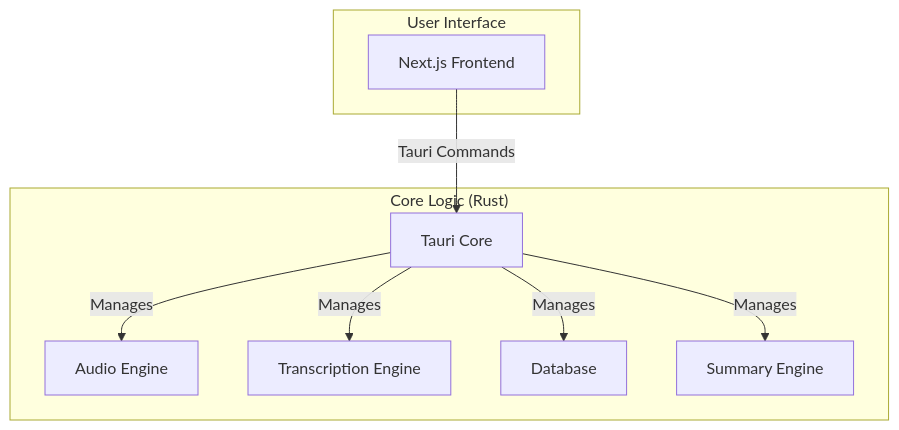
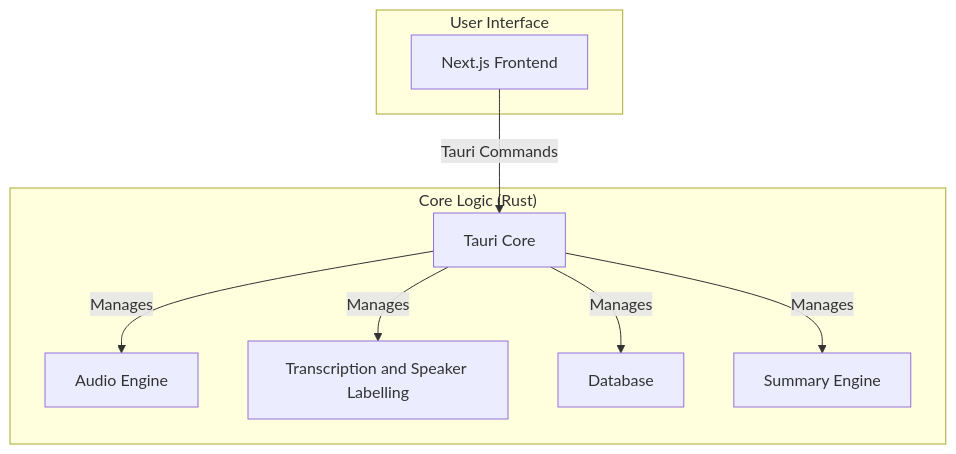
The diagram in docs/architecture.md (Schramm2/Atrium), drawn with Mermaid before and after one commit. The commit also changed other lines of this file and 24 other files, not shown here.

````diff
--- a/docs/architecture.md
+++ b/docs/architecture.md
@@ -7,20 +7,20 @@
 ```mermaid
 graph TD
     subgraph User Interface
         A[Next.js Frontend]
     end
 
     subgraph "Core Logic (Rust)"
         B[Tauri Core]
         C[Audio Engine]
-        D[Transcription Engine]
+        D[Transcription and Speaker Labelling]
         E[Database]
         F[Summary Engine]
     end
 
     A -- Tauri Commands --> B
     B -- Manages --> C
     B -- Manages --> D
     B -- Manages --> E
     B -- Manages --> F
 ```
````
